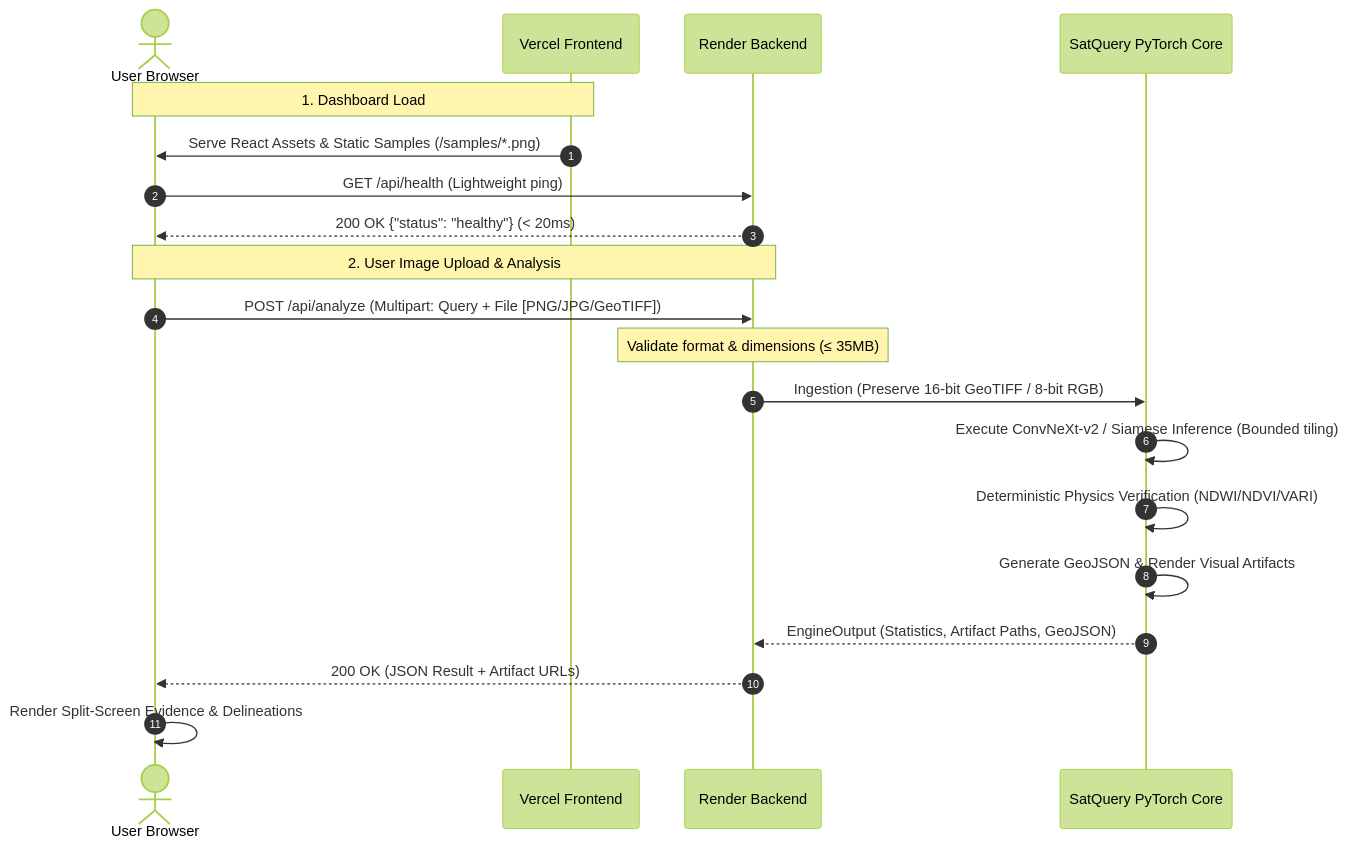
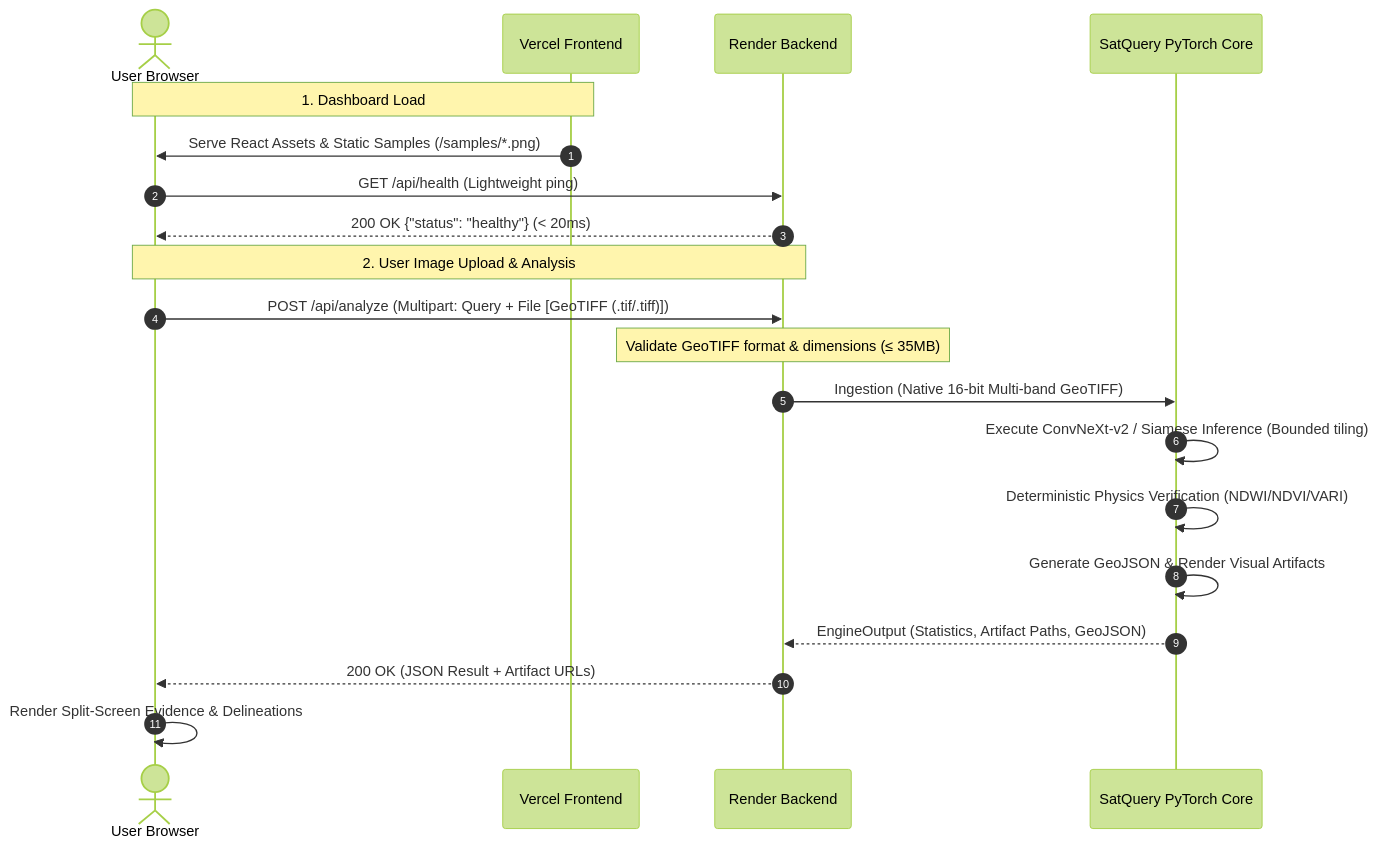
Before and after one commit to Suchismita-1022/SatQuery-AI: the diagram in SATQUERY_AI_DEBUG_AND_FIX_PLAN.md, drawn with Mermaid (forest theme). The commit also changed other lines of this file and 1 other file, not shown here.

Commit message:
fix(docs): update definitive fixes and clarify GeoTIFF upload requirements in debug plan

````diff
--- a/SATQUERY_AI_DEBUG_AND_FIX_PLAN.md
+++ b/SATQUERY_AI_DEBUG_AND_FIX_PLAN.md
@@ -268,24 +267,24 @@
 ```mermaid
 sequenceDiagram
     autonumber
     actor User as User Browser
     participant Vercel as Vercel Frontend
     participant Render as Render Backend
     participant Engine as SatQuery PyTorch Core
 
     Note over User,Vercel: 1. Dashboard Load
     Vercel->>User: Serve React Assets & Static Samples (/samples/*.png)
     User->>Render: GET /api/health (Lightweight ping)
     Render-->>User: 200 OK {"status": "healthy"} (< 20ms)
 
     Note over User,Render: 2. User Image Upload & Analysis
-    User->>Render: POST /api/analyze (Multipart: Query + File [PNG/JPG/GeoTIFF])
-    Note over Render: Validate format & dimensions (≤ 35MB)
-    Render->>Engine: Ingestion (Preserve 16-bit GeoTIFF / 8-bit RGB)
+    User->>Render: POST /api/analyze (Multipart: Query + File [GeoTIFF (.tif/.tiff)])
+    Note over Render: Validate GeoTIFF format & dimensions (≤ 35MB)
+    Render->>Engine: Ingestion (Native 16-bit Multi-band GeoTIFF)
     Engine->>Engine: Execute ConvNeXt-v2 / Siamese Inference (Bounded tiling)
     Engine->>Engine: Deterministic Physics Verification (NDWI/NDVI/VARI)
     Engine->>Engine: Generate GeoJSON & Render Visual Artifacts
     Engine-->>Render: EngineOutput (Statistics, Artifact Paths, GeoJSON)
     Render-->>User: 200 OK (JSON Result + Artifact URLs)
     User->>User: Render Split-Screen Evidence & Delineations
 ```
````
